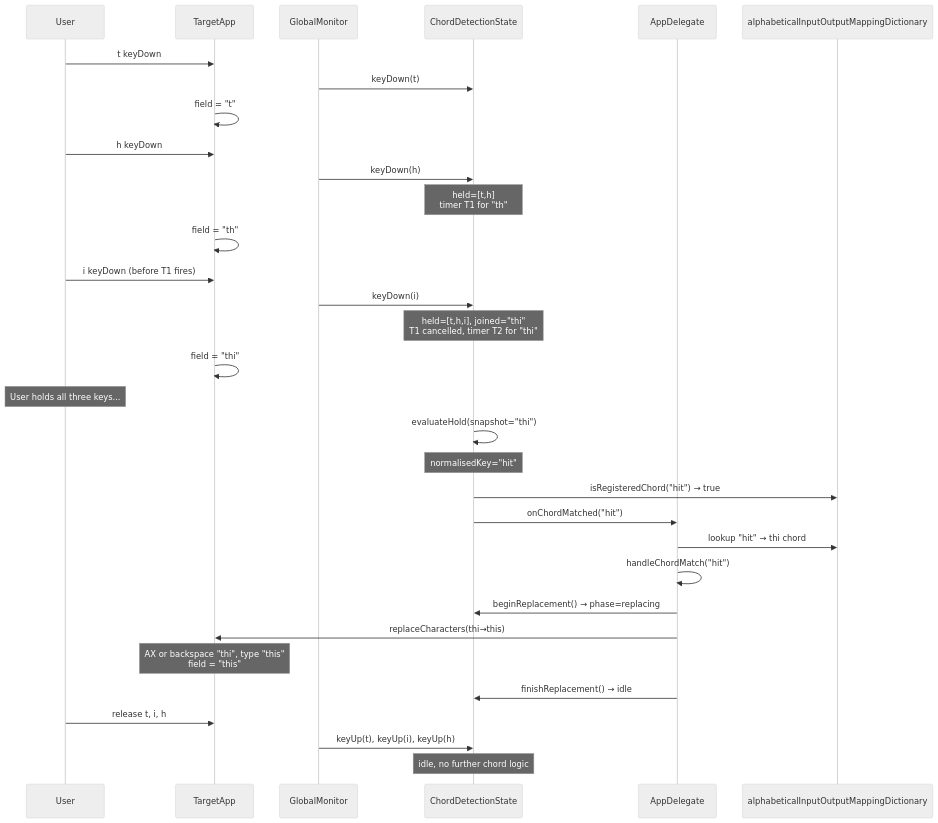
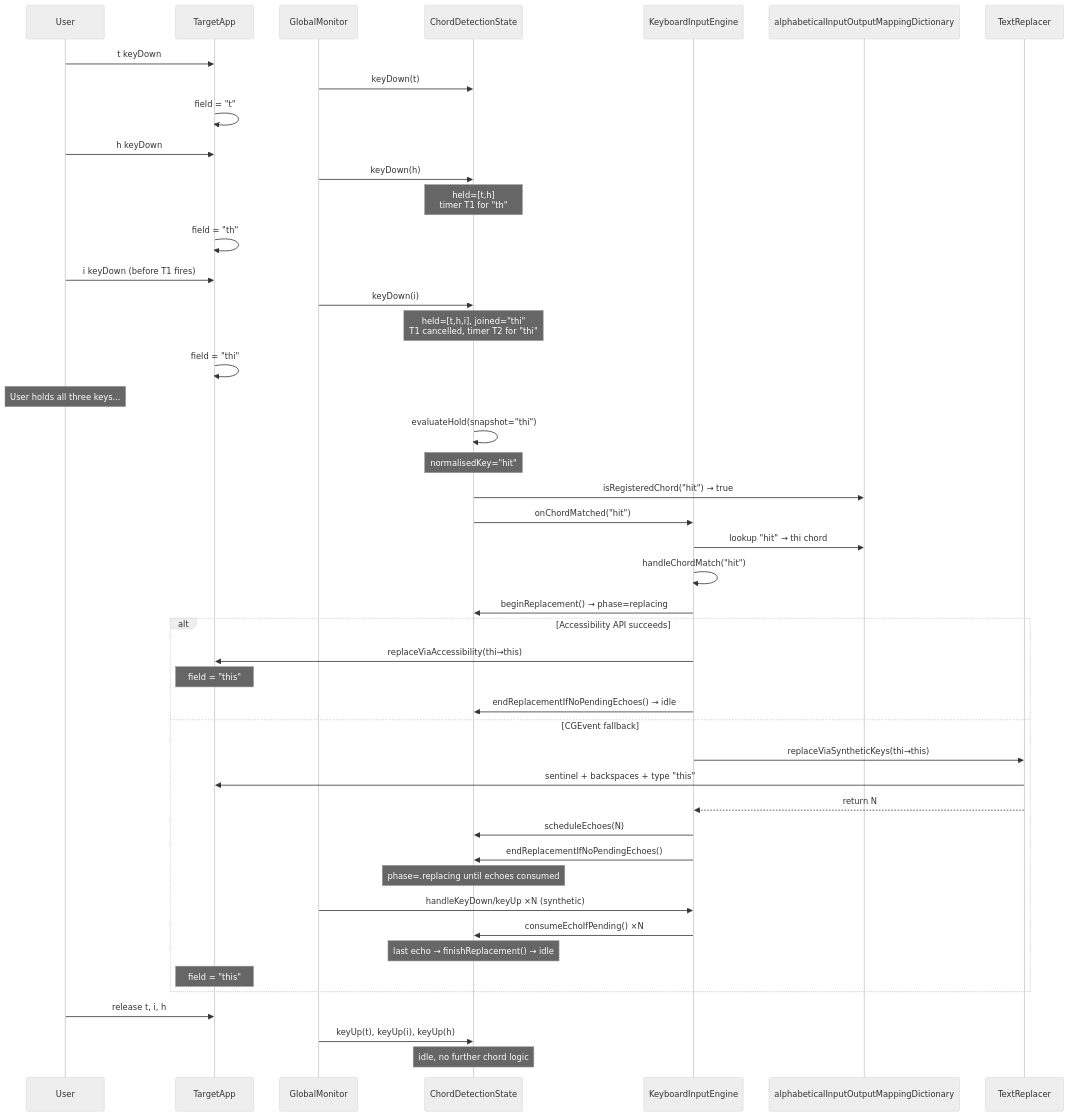
Before and after one commit to georgegillams/chorder: the fourth of 5 diagrams in docs/chord-detection-sequence-diagram.md, drawn with Mermaid (neutral theme). The commit also changed other lines of this file and 3 other files, not shown here.

````diff
--- a/docs/chord-detection-sequence-diagram.md
+++ b/docs/chord-detection-sequence-diagram.md
@@ -162,41 +162,56 @@
 ```mermaid
 sequenceDiagram
     participant User
     participant TargetApp as TargetApp
     participant Monitor as GlobalMonitor
     participant Detection as ChordDetectionState
-    participant App as AppDelegate
+    participant App as KeyboardInputEngine
     participant Registry as alphabeticalInputOutputMappingDictionary
+    participant Replacer as TextReplacer
 
     User->>TargetApp: t keyDown
     Monitor->>Detection: keyDown(t)
     TargetApp->>TargetApp: field = "t"
 
     User->>TargetApp: h keyDown
     Monitor->>Detection: keyDown(h)
     Note over Detection: held=[t,h]<br/>timer T1 for "th"
     TargetApp->>TargetApp: field = "th"
 
     User->>TargetApp: i keyDown (before T1 fires)
     Monitor->>Detection: keyDown(i)
     Note over Detection: held=[t,h,i], joined="thi"<br/>T1 cancelled, timer T2 for "thi"
     TargetApp->>TargetApp: field = "thi"
 
     Note over User: User holds all three keys...
 
     Detection->>Detection: evaluateHold(snapshot="thi")
     Note over Detection: normalisedKey="hit"
     Detection->>Registry: isRegisteredChord("hit") → true
     Detection->>App: onChordMatched("hit")
 
     App->>Registry: lookup "hit" → thi chord
     App->>App: handleChordMatch("hit")
     App->>Detection: beginReplacement() → phase=replacing
-    App->>TargetApp: replaceCharacters(thi→this)
-    Note over TargetApp: AX or backspace "thi", type "this"<br/>field = "this"
-    App->>Detection: finishReplacement() → idle
+
+    alt Accessibility API succeeds
+        App->>TargetApp: replaceViaAccessibility(thi→this)
+        Note over TargetApp: field = "this"
+        App->>Detection: endReplacementIfNoPendingEchoes() → idle
+    else CGEvent fallback
+        App->>Replacer: replaceViaSyntheticKeys(thi→this)
+        Replacer->>TargetApp: sentinel + backspaces + type "this"
+        Replacer-->>App: return N
+        App->>Detection: scheduleEchoes(N)
+        App->>Detection: endReplacementIfNoPendingEchoes()
+        Note over Detection: phase=.replacing until echoes consumed
+        Monitor->>App: handleKeyDown/keyUp ×N (synthetic)
+        App->>Detection: consumeEchoIfPending() ×N
+        Note over Detection: last echo → finishReplacement() → idle
+        Note over TargetApp: field = "this"
+    end
 
     User->>TargetApp: release t, i, h
     Monitor->>Detection: keyUp(t), keyUp(i), keyUp(h)
     Note over Detection: idle, no further chord logic
 ```
````
